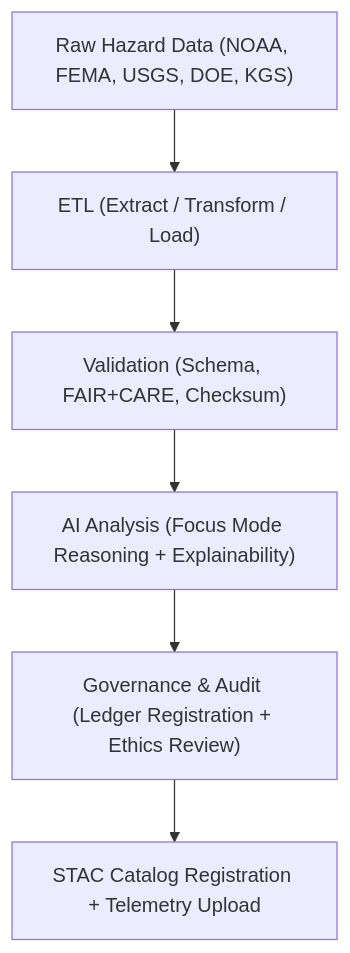
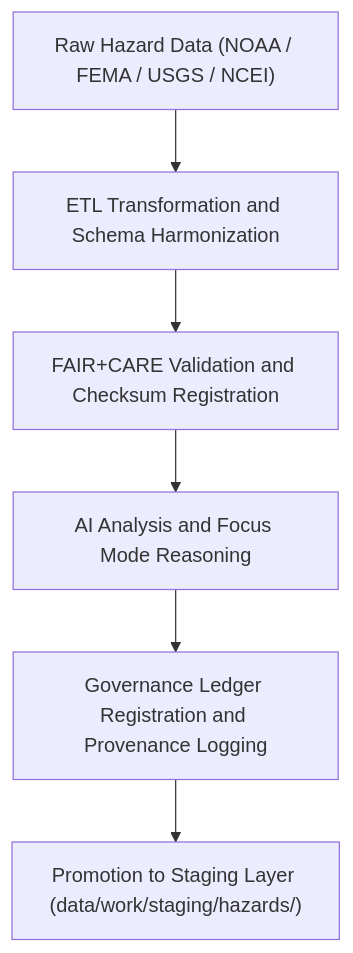
One commit to bartytime4life/Kansas-Frontier-Matrix changed the diagram in data/work/tmp/hazards/README.md. Above: the diagram before and after it, drawn with Mermaid. The commit also changed other lines of this file, not shown here.

Commit message:
Update README for hazards workspace to v9.6.0

````diff
--- a/data/work/tmp/hazards/README.md
+++ b/data/work/tmp/hazards/README.md
@@ -90,8 +95,8 @@
 ```mermaid
 flowchart TD
-    A["Raw Hazard Data (NOAA, FEMA, USGS, DOE, KGS)"] --> B["ETL (Extract / Transform / Load)"]
-    B --> C["Validation (Schema, FAIR+CARE, Checksum)"]
-    C --> D["AI Analysis (Focus Mode Reasoning + Explainability)"]
-    D --> E["Governance & Audit (Ledger Registration + Ethics Review)"]
-    E --> F["STAC Catalog Registration + Telemetry Upload"]
+    A["Raw Hazard Data (NOAA / FEMA / USGS / NCEI)"] --> B["ETL Transformation and Schema Harmonization"]
+    B --> C["FAIR+CARE Validation and Checksum Registration"]
+    C --> D["AI Analysis and Focus Mode Reasoning"]
+    D --> E["Governance Ledger Registration and Provenance Logging"]
+    E --> F["Promotion to Staging Layer (data/work/staging/hazards/)"]
 ```
````
